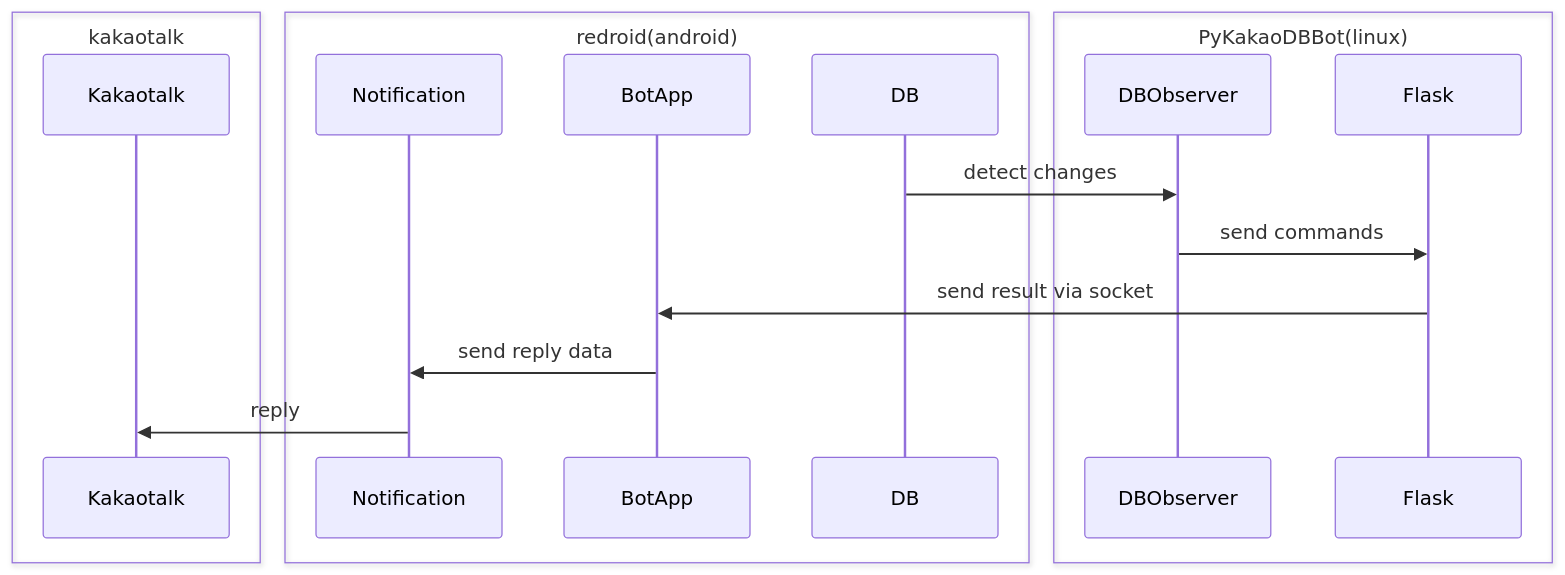
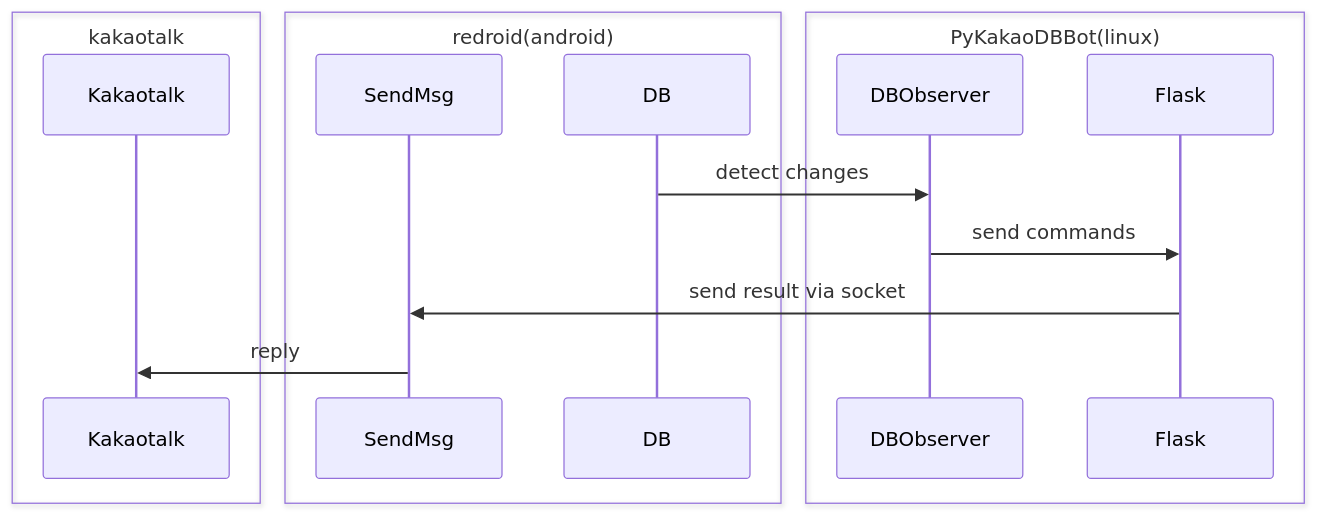
One commit to dolidolih/PyKakaoDBBot changed the diagram in README.md. Above: the diagram before and after it, drawn with Mermaid. The commit also changed other lines of this file, not shown here.

````diff
--- a/README.md
+++ b/README.md
@@ -5,20 +5,18 @@
 ```mermaid
 sequenceDiagram
     box kakaotalk
     participant Kakaotalk
     end
     box redroid(android)
-    participant Notification
-    participant BotApp
+    participant SendMsg
     participant DB
     end
     box PyKakaoDBBot(linux)
     participant DBObserver
     participant Flask
     end
     DB->>DBObserver: detect changes
     DBObserver->>Flask: send commands
-    Flask->>BotApp:send result via socket
-    BotApp->>Notification:send reply data
-    Notification->>Kakaotalk:reply
+    Flask->>SendMsg:send result via socket
+    SendMsg->>Kakaotalk:reply
 ```
````
